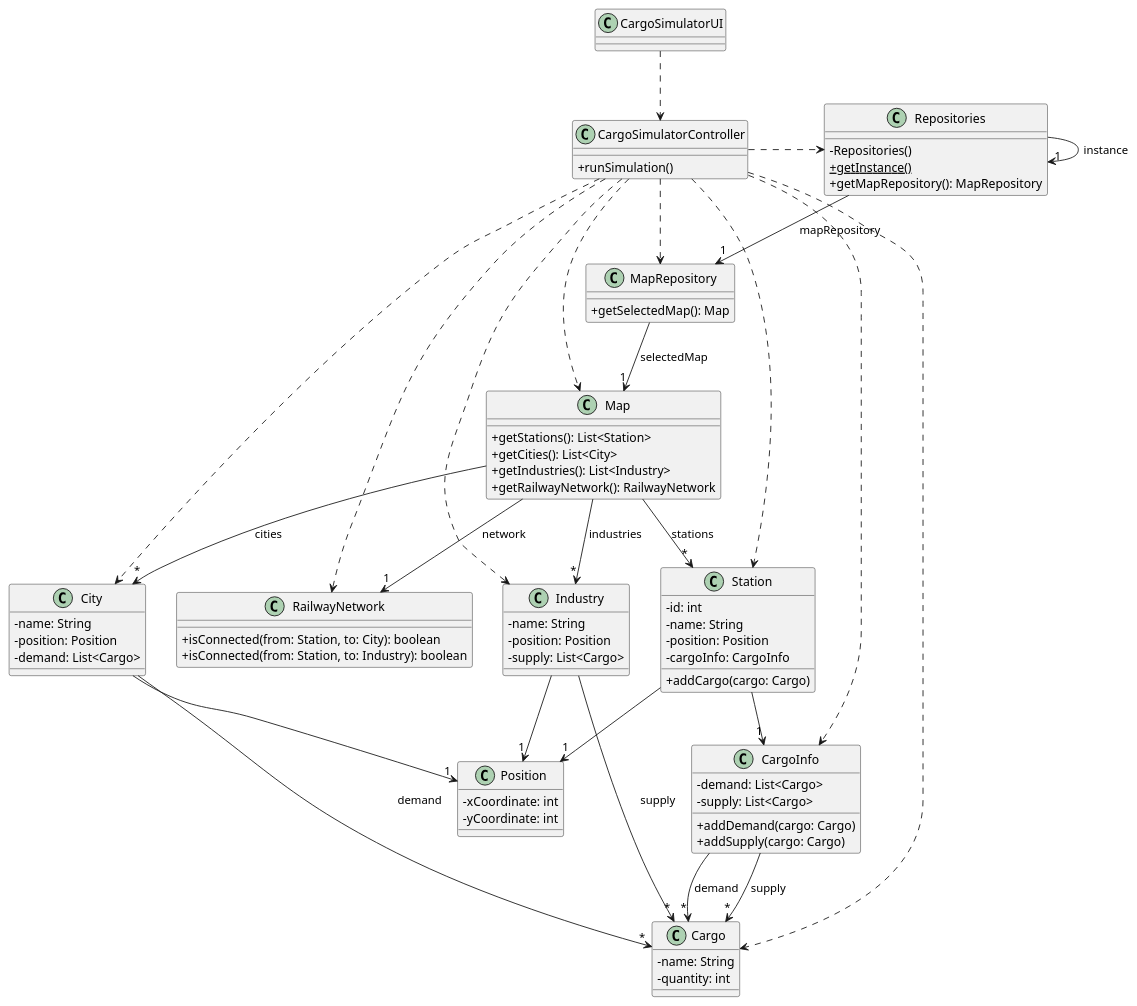
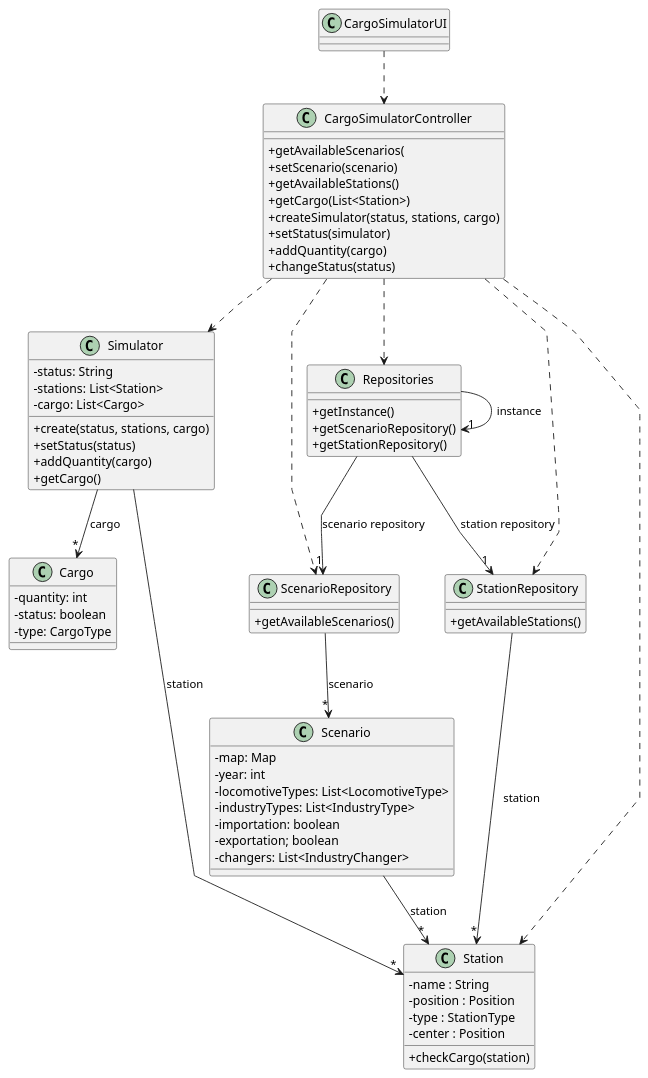
One commit to 1240935/pi2-railway-simulator changed the diagram in Sprint2/US012/03.design/puml/US012-CD.puml. Above: the diagram before and after it, drawn with PlantUML. The commit also changed 4 other files, not shown here.

```diff
--- a/Sprint2/US012/03.design/puml/US012-CD.puml
+++ b/Sprint2/US012/03.design/puml/US012-CD.puml
@@ -1,101 +1,96 @@
 @startuml
+'skinparam monochrome true
+skinparam packageStyle rectangle
+skinparam shadowing false
+skinparam linetype polyline
+'skinparam linetype orto
+
 skinparam classAttributeIconSize 0
 
+'left to right direction
+
 class CargoSimulatorUI {
+
 }
 
 class CargoSimulatorController {
-  +runSimulation()
+  + getAvailableScenarios(
+  + setScenario(scenario)
+  + getAvailableStations()
+  + getCargo(List<Station>)
+  + createSimulator(status, stations, cargo)
+  + setStatus(simulator)
+  + addQuantity(cargo)
+  + changeStatus(status)
+}
+
+class Simulator {
+  - status: String
+  - stations: List<Station>
+  - cargo: List<Cargo>
+  + create(status, stations, cargo)
+  + setStatus(status)
+  + addQuantity(cargo)
+  + getCargo()
+}
+
+class Scenario {
+       -map: Map
+       -year: int
+       -locomotiveTypes: List<LocomotiveType>
+       -industryTypes: List<IndustryType>
+       -importation: boolean
+       -exportation; boolean
+       -changers: List<IndustryChanger>
+}
+
+class Station {
+  -name : String
+  -position : Position
+  -type : StationType
+  -center : Position
+  +checkCargo(station)
+}
+
+
+class Cargo {
+  -quantity: int
+  -status: boolean
+  -type: CargoType
 }
 
 class Repositories {
-  - Repositories()
-  + {static} getInstance()
-  + getMapRepository(): MapRepository
+  + getInstance()
+  + getScenarioRepository()
+  + getStationRepository()
 }
 
-class MapRepository {
-  +getSelectedMap(): Map
+class ScenarioRepository {
+  + getAvailableScenarios()
 }
 
-class Map {
-  +getStations(): List<Station>
-  +getCities(): List<City>
-  +getIndustries(): List<Industry>
-  +getRailwayNetwork(): RailwayNetwork
-}
-
-class Station {
-  - id: int
-  - name: String
-  - position: Position
-  - cargoInfo: CargoInfo
-  + addCargo(cargo: Cargo)
-}
-
-class City {
-  - name: String
-  - position: Position
-  - demand: List<Cargo>
-}
-
-class Industry {
-  - name: String
-  - position: Position
-  - supply: List<Cargo>
-}
-
-class Position {
-  - xCoordinate: int
-  - yCoordinate: int
-}
-
-class RailwayNetwork {
-  +isConnected(from: Station, to: City): boolean
-  +isConnected(from: Station, to: Industry): boolean
-}
-
-class CargoInfo {
-  - demand: List<Cargo>
-  - supply: List<Cargo>
-  + addDemand(cargo: Cargo)
-  + addSupply(cargo: Cargo)
-}
-
-class Cargo {
-  - name: String
-  - quantity: int
+class StationRepository {
+  + getAvailableStations()
 }
 
 CargoSimulatorUI ..> CargoSimulatorController
-CargoSimulatorController .> Repositories
-CargoSimulatorController ..> MapRepository
-CargoSimulatorController ..> Map
+
+CargoSimulatorController ..> Simulator
+CargoSimulatorController ..> ScenarioRepository
+CargoSimulatorController ..> StationRepository
 CargoSimulatorController ..> Station
-CargoSimulatorController ..> City
-CargoSimulatorController ..> Industry
-CargoSimulatorController ..> RailwayNetwork
-CargoSimulatorController ..> Cargo
-CargoSimulatorController ..> CargoInfo
+CargoSimulatorController ..> Repositories
 
-Repositories --> "1" MapRepository : mapRepository
 Repositories -> "1" Repositories : instance
+Repositories --> "1" ScenarioRepository : scenario repository
+Repositories --> "1" StationRepository : station repository
 
-MapRepository --> "1" Map : selectedMap
-Map --> "*" Station : stations
-Map --> "*" City : cities
-Map --> "*" Industry : industries
-Map --> "1" RailwayNetwork : network
+StationRepository --> "*" Station : station
+ScenarioRepository --> "*" Scenario: scenario
 
-Station --> "1" Position
-City --> "1" Position
-Industry --> "1" Position
+Scenario --> "*" Station : station
 
-Station --> "1" CargoInfo
-CargoInfo --> "*" Cargo : demand
-CargoInfo --> "*" Cargo : supply
-
-City --> "*" Cargo : demand
-Industry --> "*" Cargo : supply
+Simulator --> "*" Station: station
+Simulator --> "*" Cargo: cargo
 
 @enduml
```
